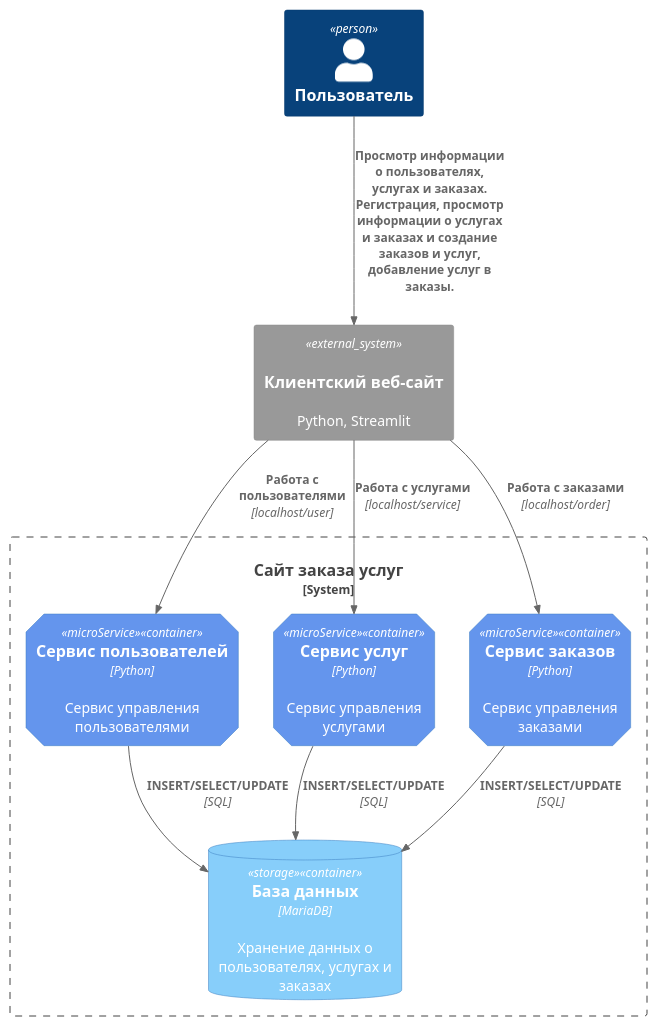
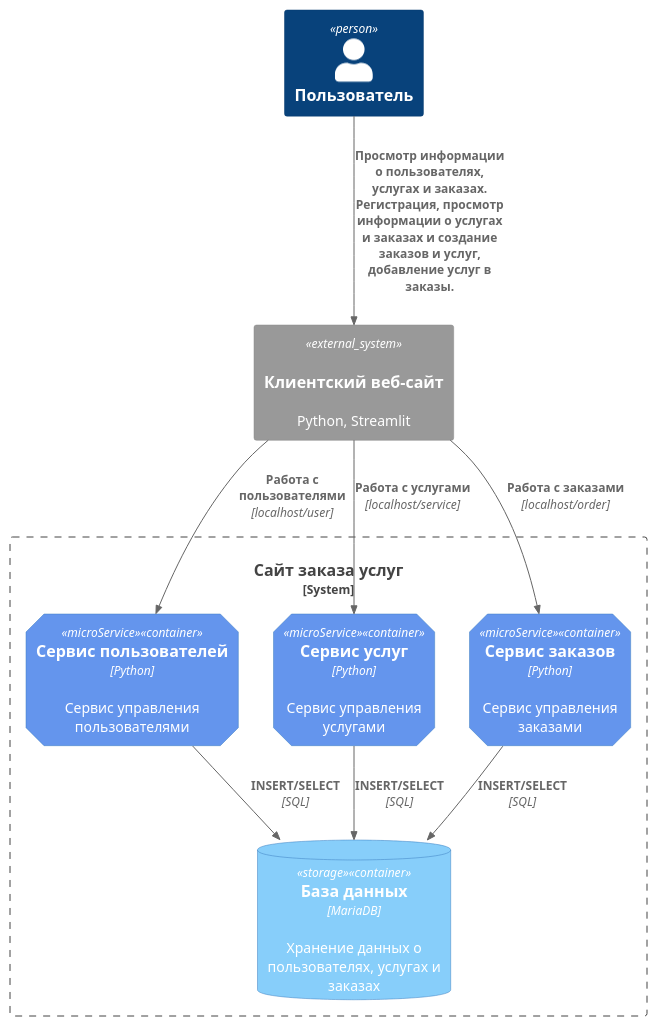
One commit to KoryakovDmitry/hl_mai_lab_01_python changed the diagram in umls/companent_diagram.iuml. Above: the diagram before and after it, drawn with PlantUML.

Commit message:
upd companent_diagram.iuml

```diff
--- a/umls/companent_diagram.iuml
+++ b/umls/companent_diagram.iuml
@@ -1,30 +1,30 @@
 @startuml
 !include https://raw.githubusercontent.com/plantuml-stdlib/C4-PlantUML/master/C4_Container.puml
 
 AddElementTag("microService", $shape=EightSidedShape(), $bgColor="CornflowerBlue", $fontColor="white", $legendText="microservice")
 AddElementTag("storage", $shape=RoundedBoxShape(), $bgColor="lightSkyBlue", $fontColor="white")
 
 Person(user, "Пользователь")
 
 System_Ext(web_site, "Клиентский веб-сайт", "Python, Streamlit", "Веб-интерфейс")
 
 System_Boundary(service_order_site, "Сайт заказа услуг") {
    Container(user_service, "Сервис пользователей", "Python", "Сервис управления пользователями", $tags = "microService")
    Container(service_service, "Сервис услуг", "Python", "Сервис управления услугами", $tags = "microService")
    Container(order_service, "Сервис заказов", "Python", "Сервис управления заказами", $tags = "microService")
    ContainerDb(db, "База данных", "MariaDB", "Хранение данных о пользователях, услугах и заказах", $tags = "storage")
 
 }
 
 Rel(user, web_site, "Просмотр информации о пользователях, услугах и заказах. Регистрация, просмотр информации о услугах и заказах и создание заказов и услуг, добавление услуг в заказы.")
 
 Rel(web_site, user_service, "Работа с пользователями", "localhost/user")
-Rel(user_service, db, "INSERT/SELECT/UPDATE", "SQL")
+Rel(user_service, db, "INSERT/SELECT", "SQL")
 
 Rel(web_site, service_service, "Работа с услугами", "localhost/service")
-Rel(service_service, db, "INSERT/SELECT/UPDATE", "SQL")
+Rel(service_service, db, "INSERT/SELECT", "SQL")
 
 Rel(web_site, order_service, "Работа с заказами", "localhost/order")
-Rel(order_service, db, "INSERT/SELECT/UPDATE", "SQL")
+Rel(order_service, db, "INSERT/SELECT", "SQL")
 
 @enduml
```
